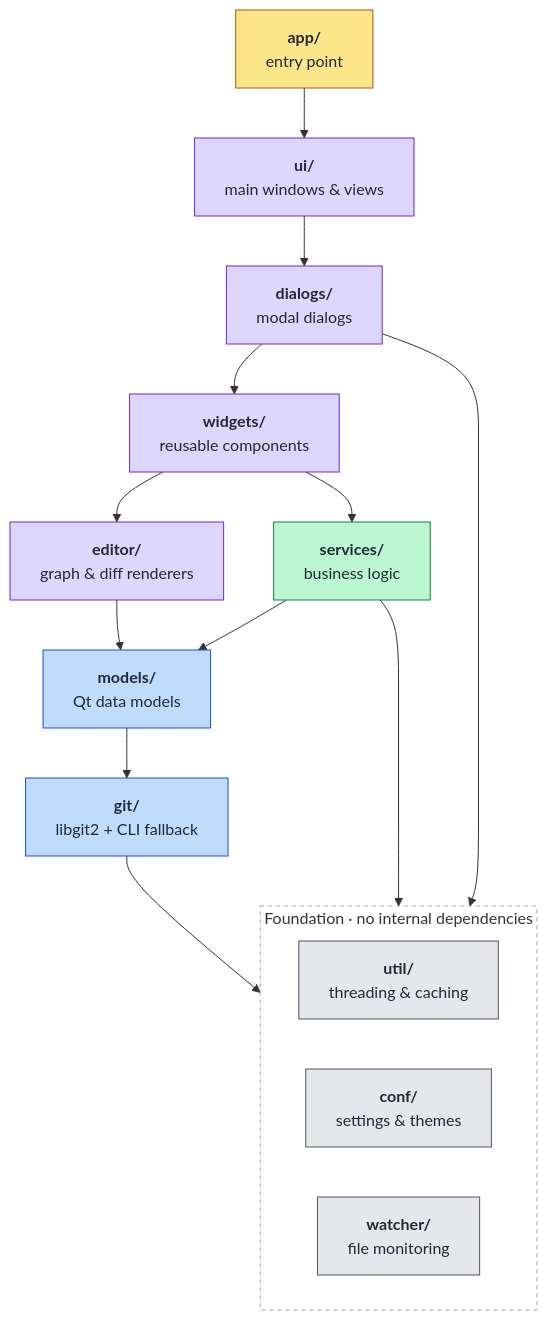
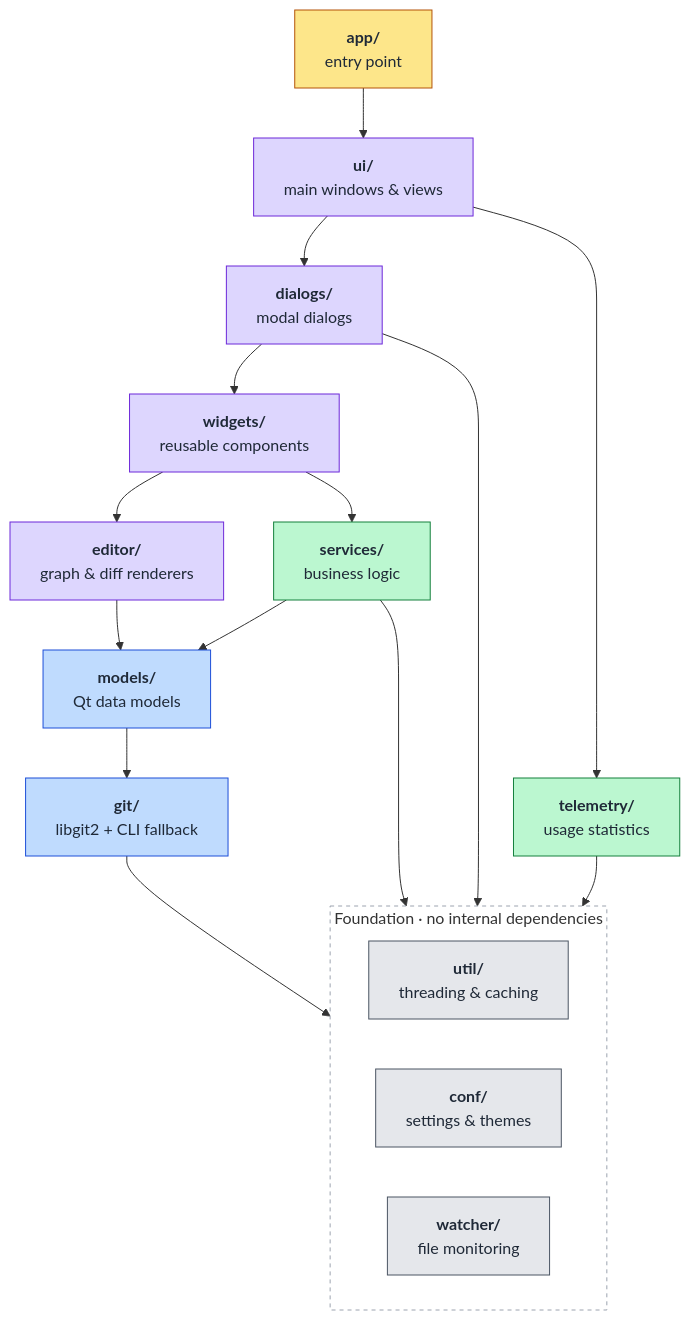
The diagram in README.md (Inverian/GitBolt), drawn with Mermaid before and after one commit. The commit also changed other lines of this file and 72 other files, not shown here.

First line of the commit message:
Usage statistics and crash reports; history paging fix (#37)

````diff
--- a/README.md
+++ b/README.md
@@ -155,38 +156,40 @@
 ```mermaid
 flowchart TD
     app["<b>app/</b><br/>entry point"]
     ui["<b>ui/</b><br/>main windows & views"]
     dialogs["<b>dialogs/</b><br/>modal dialogs"]
     widgets["<b>widgets/</b><br/>reusable components"]
     editor["<b>editor/</b><br/>graph & diff renderers"]
     services["<b>services/</b><br/>business logic"]
     models["<b>models/</b><br/>Qt data models"]
     git["<b>git/</b><br/>libgit2 + CLI fallback"]
+    telemetry["<b>telemetry/</b><br/>usage statistics"]
 
     subgraph foundation["Foundation · no internal dependencies"]
         direction LR
         util["<b>util/</b><br/>threading & caching"]
         conf["<b>conf/</b><br/>settings & themes"]
         watcher["<b>watcher/</b><br/>file monitoring"]
     end
 
     app --> ui --> dialogs --> widgets
     widgets --> editor & services
     editor --> models
     services --> models
     services --> watcher
     models --> git --> util
     dialogs --> conf
+    ui --> telemetry --> util
 
     classDef entry fill:#fde68a,stroke:#b45309,color:#1f2937
     classDef presentation fill:#ddd6fe,stroke:#6d28d9,color:#1f2937
     classDef logic fill:#bbf7d0,stroke:#15803d,color:#1f2937
     classDef core fill:#bfdbfe,stroke:#1d4ed8,color:#1f2937
     classDef base fill:#e5e7eb,stroke:#4b5563,color:#1f2937
     class app entry
     class ui,dialogs,widgets,editor presentation
-    class services logic
+    class services,telemetry logic
     class models,git core
     class util,conf,watcher base
     style foundation fill:none,stroke:#9ca3af,stroke-dasharray:4 4
 ```
````
